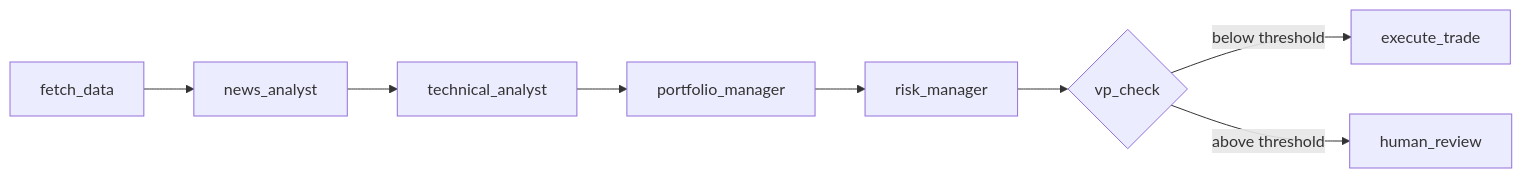
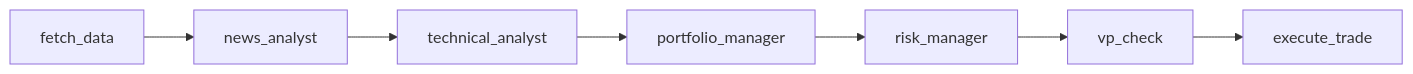
One commit to jeffdylansmith/hedge-fund-sim changed the first of 2 diagrams in readme.md. Above: the diagram before and after it, drawn with Mermaid. The commit also changed other lines of this file, not shown here.

Commit message:
docs: rewrite README with architecture diagrams and system overview

````diff
--- a/readme.md
+++ b/readme.md
@@ -43,10 +43,9 @@
 ```mermaid
 flowchart LR
     A[fetch_data] --> B[news_analyst]
     B --> C[technical_analyst]
     C --> D[portfolio_manager]
     D --> E[risk_manager]
-    E --> F{vp_check}
-    F -->|below threshold| G[execute_trade]
-    F -->|above threshold| H[human_review]
+    E --> F[vp_check]
+    F --> G[execute_trade]
 ```
````
